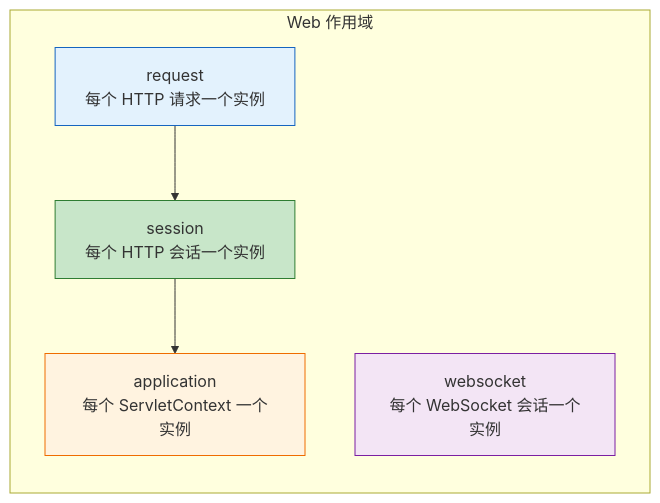
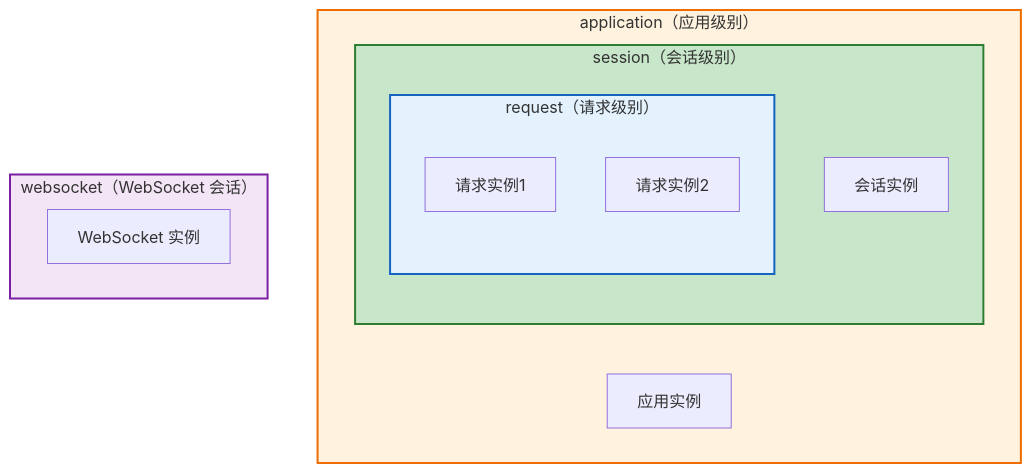
The third of 6 diagrams in Spring Bean 作用域详解.md (watslab/interview_doc), drawn with Mermaid before and after one commit. The commit also changed other lines of this file, not shown here.

Commit message:
更新技术文档 - Spring Bean 作用域详解.md：优化问题图解为时序图

````diff
--- a/Spring Bean 作用域详解.md
+++ b/Spring Bean 作用域详解.md
@@ -81,19 +81,22 @@
 ```mermaid
 flowchart TB
-    subgraph WebScopes["Web 作用域"]
-        direction TB
-        
-        Request["request<br/>每个 HTTP 请求一个实例"]
-        Session["session<br/>每个 HTTP 会话一个实例"]
-        Application["application<br/>每个 ServletContext 一个实例"]
-        WebSocket["websocket<br/>每个 WebSocket 会话一个实例"]
+    subgraph Application["application（应用级别）"]
+        subgraph Session["session（会话级别）"]
+            subgraph Request["request（请求级别）"]
+                R1["请求实例1"]
+                R2["请求实例2"]
+            end
+            S1["会话实例"]
+        end
+        A1["应用实例"]
     end
     
-    Request --> Session
-    Session --> Application
+    subgraph WebSocket["websocket（WebSocket 会话）"]
+        W1["WebSocket 实例"]
+    end
     
-    style Request fill:#e3f2fd,stroke:#1565c0
-    style Session fill:#c8e6c9,stroke:#2e7d32
-    style Application fill:#fff3e0,stroke:#ef6c00
-    style WebSocket fill:#f3e5f5,stroke:#7b1fa2
+    style Application fill:#fff3e0,stroke:#ef6c00,stroke-width:2px
+    style Session fill:#c8e6c9,stroke:#2e7d32,stroke-width:2px
+    style Request fill:#e3f2fd,stroke:#1565c0,stroke-width:2px
+    style WebSocket fill:#f3e5f5,stroke:#7b1fa2,stroke-width:2px
 ```
````
